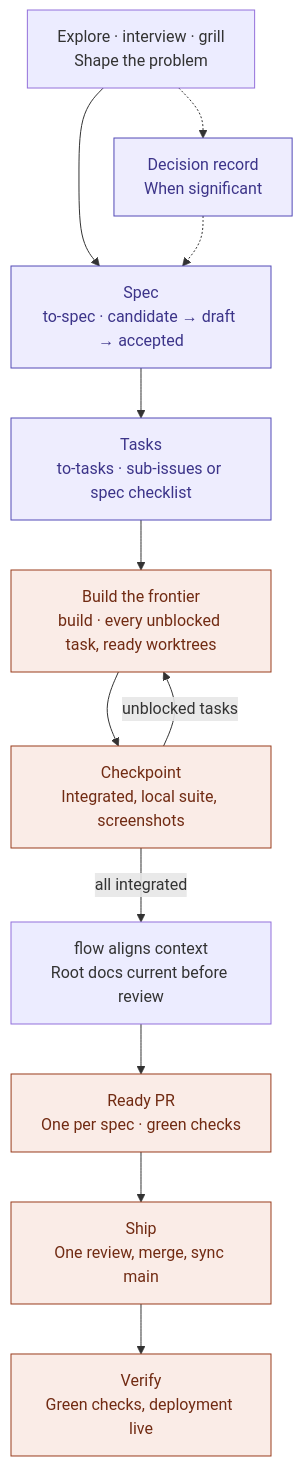
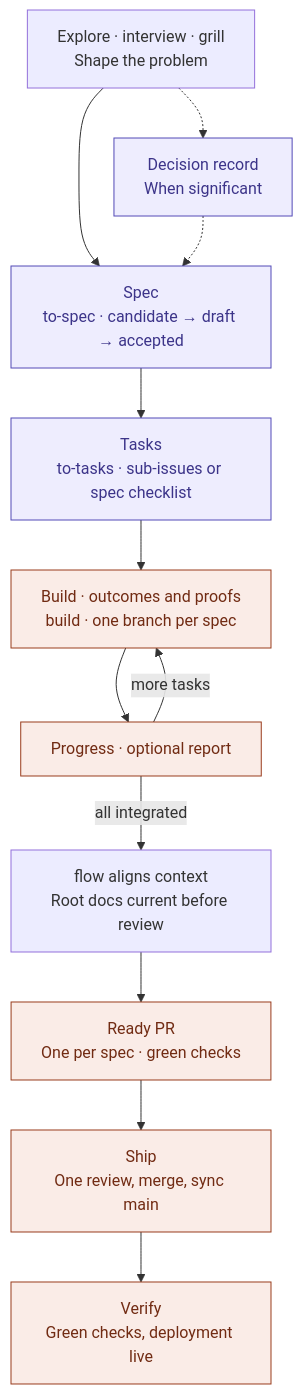
Before and after one commit to gaboesquivel/flow-skills: the second of 2 diagrams in README.md, drawn with Mermaid. The commit also changed 31 other files, not shown here.

First line of the commit message:
feat(build): outcome-first build and ship (spec 028) (#149)

````diff
--- a/README.md
+++ b/README.md
@@ -87,23 +87,23 @@
 ```mermaid
 flowchart TB
   explore["Explore · interview · grill<br/>Shape the problem"]
   decision["Decision record<br/>When significant"]
   spec["Spec<br/>to-spec · candidate → draft → accepted"]
   tasks["Tasks<br/>to-tasks · sub-issues or spec checklist"]
-  frontier["Build the frontier<br/>build · every unblocked task, ready worktrees"]
-  checkpoint["Checkpoint<br/>Integrated, local suite, screenshots"]
+  build["Build · outcomes and proofs<br/>build · one branch per spec"]
+  progress["Progress · optional report"]
   ready["Ready PR<br/>One per spec · green checks"]
   land["Ship<br/>One review, merge, sync main"]
   verify["Verify<br/>Green checks, deployment live"]
   sync["flow aligns context<br/>Root docs current before review"]
   explore --> spec
   explore -.-> decision
   decision -.-> spec
-  spec --> tasks --> frontier --> checkpoint
-  checkpoint -- unblocked tasks --> frontier
-  checkpoint -- all integrated --> sync --> ready --> land --> verify
+  spec --> tasks --> build --> progress
+  progress -- more tasks --> build
+  progress -- all integrated --> sync --> ready --> land --> verify
   classDef doc fill:#EEEDFE,stroke:#534AB7,color:#3C3489
   classDef run fill:#FAECE7,stroke:#993C1D,color:#712B13
   class decision,spec,tasks doc
-  class frontier,checkpoint,ready,land,verify run
+  class build,progress,ready,land,verify run
 ```
````
